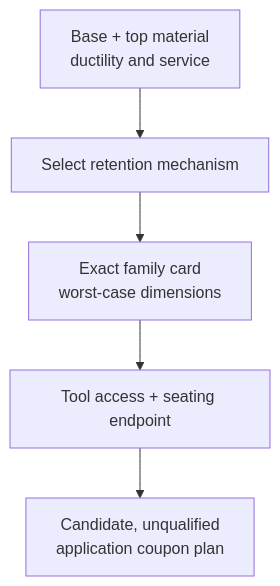
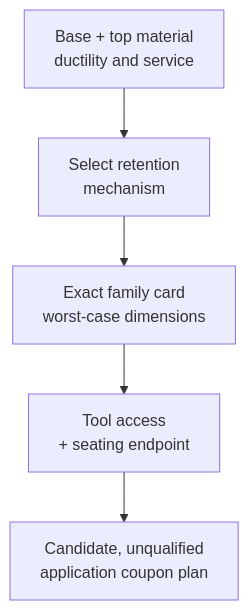
The diagram in .agents/skills/pem-fastener-selection/SKILL.md (Valpatel/cad-agent), drawn with Mermaid before and after one commit. The commit also changed 2 other files, not shown here.

Commit message:
Make PEM guidance compact and readable on phones

````diff
--- a/.agents/skills/pem-fastener-selection/SKILL.md
+++ b/.agents/skills/pem-fastener-selection/SKILL.md
@@ -10,9 +10,9 @@
 ```mermaid
 flowchart TD
-    M["Base + top material<br/>ductility and service"] --> F["Select retention mechanism"]
+    M["Base + top material<br/>ductility and service"] --> F["Select retention<br/>mechanism"]
     F --> C["Exact family card<br/>worst-case dimensions"]
-    C --> I["Tool access + seating endpoint"]
+    C --> I["Tool access<br/>+ seating endpoint"]
     I --> Q["Candidate, unqualified<br/>application coupon plan"]
     class C,I here
     class Q out
 ```
````
